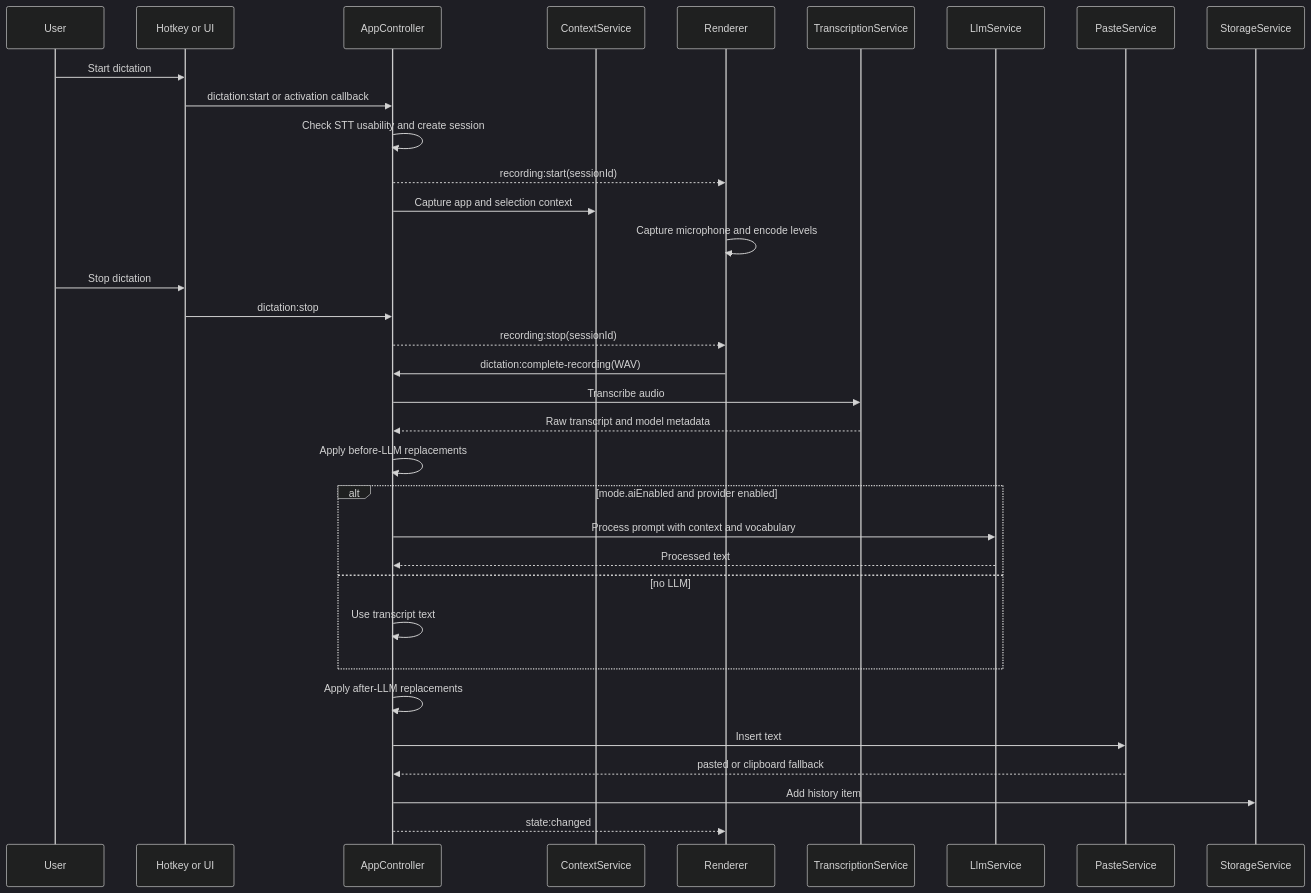
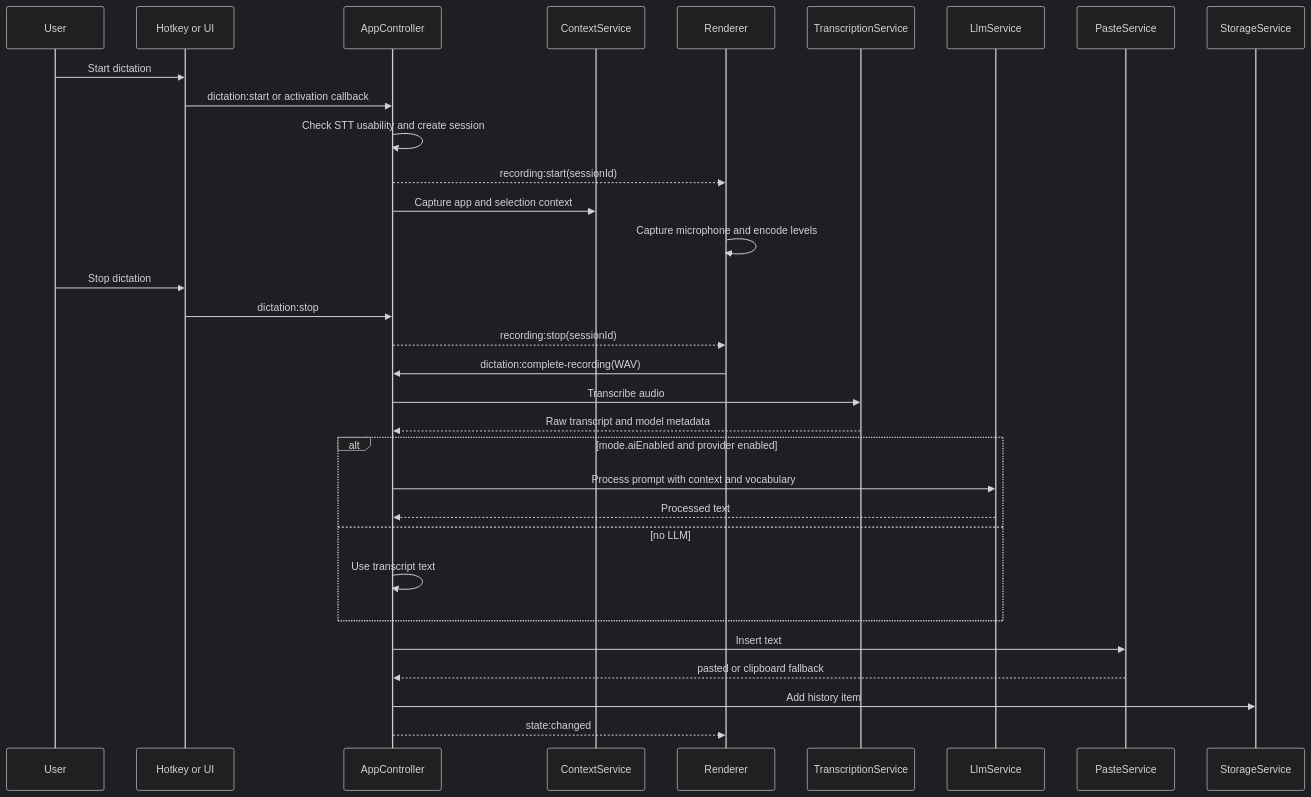
One commit to strxnd/murmur changed the diagram in docs/architecture/dictation-lifecycle.md. Above: the diagram before and after it, drawn with Mermaid (dark theme). The commit also changed other lines of this file and 50 other files, not shown here.

````diff
--- a/docs/architecture/dictation-lifecycle.md
+++ b/docs/architecture/dictation-lifecycle.md
@@ -5,37 +5,35 @@
 ```mermaid
 sequenceDiagram
   participant User
   participant Hotkey as Hotkey or UI
   participant Main as AppController
   participant Context as ContextService
   participant Renderer
   participant STT as TranscriptionService
   participant LLM as LlmService
   participant Paste as PasteService
   participant Storage as StorageService
 
   User->>Hotkey: Start dictation
   Hotkey->>Main: dictation:start or activation callback
   Main->>Main: Check STT usability and create session
   Main-->>Renderer: recording:start(sessionId)
   Main->>Context: Capture app and selection context
   Renderer->>Renderer: Capture microphone and encode levels
   User->>Hotkey: Stop dictation
   Hotkey->>Main: dictation:stop
   Main-->>Renderer: recording:stop(sessionId)
   Renderer->>Main: dictation:complete-recording(WAV)
   Main->>STT: Transcribe audio
   STT-->>Main: Raw transcript and model metadata
-  Main->>Main: Apply before-LLM replacements
   alt mode.aiEnabled and provider enabled
     Main->>LLM: Process prompt with context and vocabulary
     LLM-->>Main: Processed text
   else no LLM
     Main->>Main: Use transcript text
   end
-  Main->>Main: Apply after-LLM replacements
   Main->>Paste: Insert text
   Paste-->>Main: pasted or clipboard fallback
   Main->>Storage: Add history item
   Main-->>Renderer: state:changed
 ```
````
